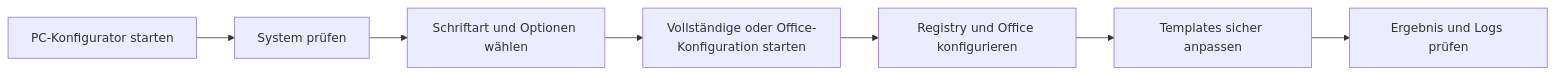
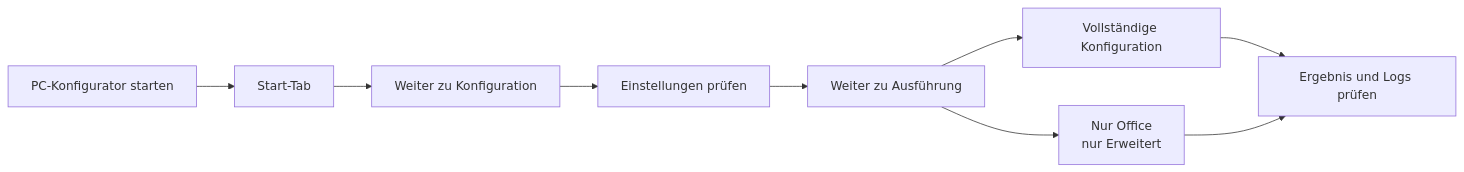
One commit to GoroTech-Tools/PC-Konfigurator changed the diagram in README.md. Above: the diagram before and after it, drawn with Mermaid. The commit also changed other lines of this file and 28 other files, not shown here.

Commit message:
Release v3.3.25: GUI-Workflow, Mermaids und Doku aktualisiert

````diff
--- a/README.md
+++ b/README.md
@@ -18,9 +18,11 @@
 ```mermaid
 flowchart LR
-  A[PC-Konfigurator starten] --> B[System prüfen]
-  B --> C[Schriftart und Optionen wählen]
-  C --> D[Vollständige oder Office-Konfiguration starten]
-  D --> E[Registry und Office konfigurieren]
-  E --> F[Templates sicher anpassen]
-  F --> G[Ergebnis und Logs prüfen]
+  A[PC-Konfigurator starten] --> B[Start-Tab]
+  B --> C[Weiter zu Konfiguration]
+  C --> D[Einstellungen prüfen]
+  D --> E[Weiter zu Ausführung]
+  E --> F[Vollständige Konfiguration]
+  E --> G[Nur Office<br/>nur Erweitert]
+  F --> H[Ergebnis und Logs prüfen]
+  G --> H
 ```
````
